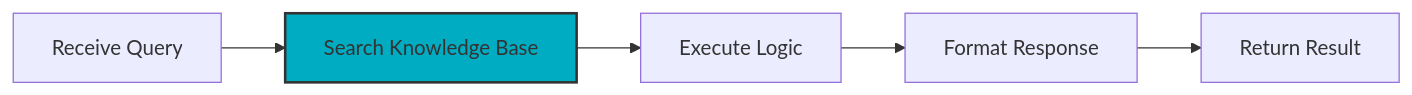
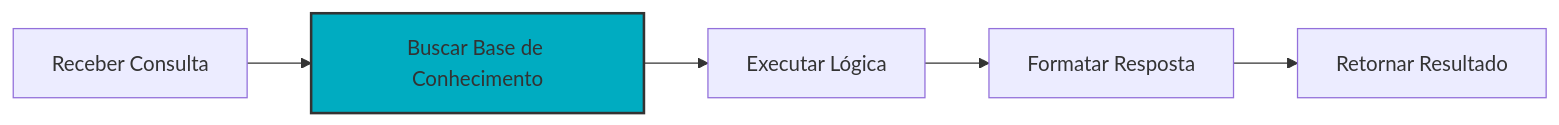
Before and after one commit to VictorCappelletto/data_agent_ia_01: the fifth of 11 diagrams in docs/architecture/agent-flow.md, drawn with Mermaid. The commit also changed other lines of this file and 11 other files, not shown here.

````diff
--- a/docs/architecture/agent-flow.md
+++ b/docs/architecture/agent-flow.md
@@ -101,9 +101,9 @@
 ```mermaid
 graph LR
-    A[Receive Query] --> B[Search Knowledge Base]
-    B --> C[Execute Logic]
-    C --> D[Format Response]
-    D --> E[Return Result]
+    A[Receber Consulta] --> B[Buscar Base de Conhecimento]
+    B --> C[Executar Lógica]
+    C --> D[Formatar Resposta]
+    D --> E[Retornar Resultado]
     
     style B fill:#00acc1,stroke:#333,stroke-width:2px
 ```
````
